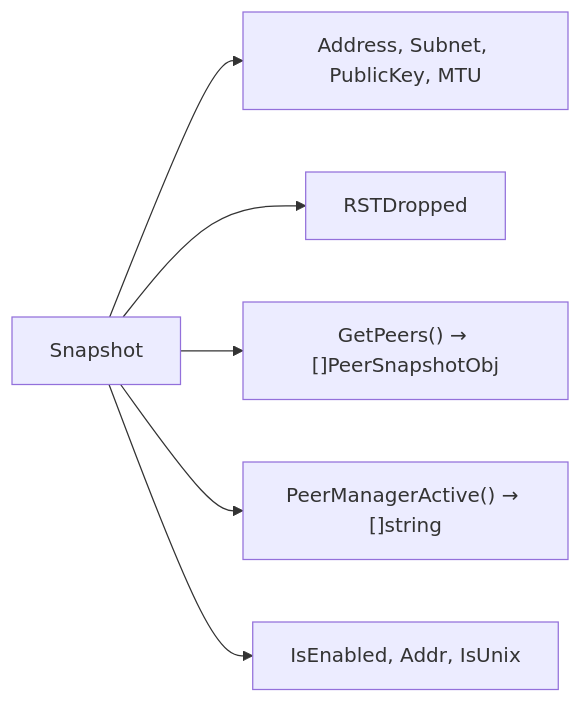
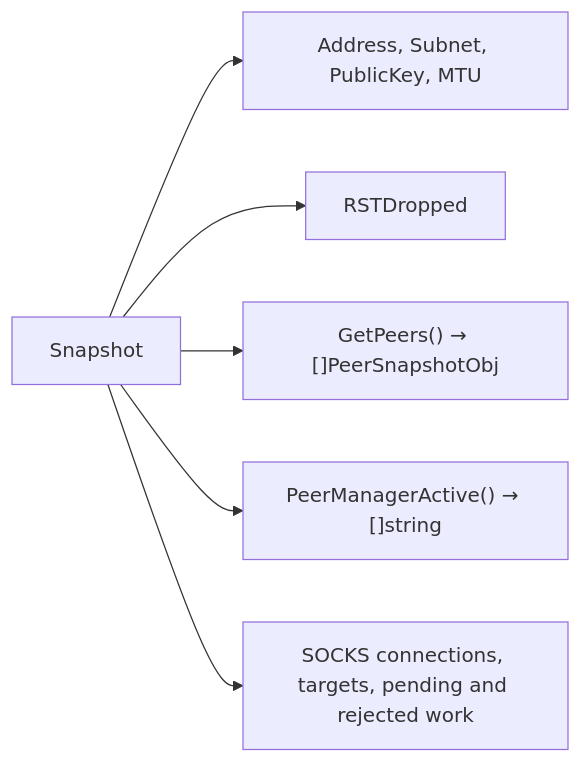
One commit to voluminor/ratatoskr changed the fourth of 6 diagrams in README.md. Above: the diagram before and after it, drawn with Mermaid. The commit also changed other lines of this file and 69 other files, not shown here.

````diff
--- a/README.md
+++ b/README.md
@@ -351,8 +355,8 @@
 ```mermaid
 flowchart LR
   Snapshot --> Addr["Address, Subnet, PublicKey, MTU"]
   Snapshot --> RST["RSTDropped"]
   Snapshot --> Peers["GetPeers() → []PeerSnapshotObj"]
   Snapshot --> Active["PeerManagerActive() → []string"]
-  Snapshot --> SOCKS["IsEnabled, Addr, IsUnix"]
+  Snapshot --> SOCKS["SOCKS connections, targets, pending and rejected work"]
 ```
````
